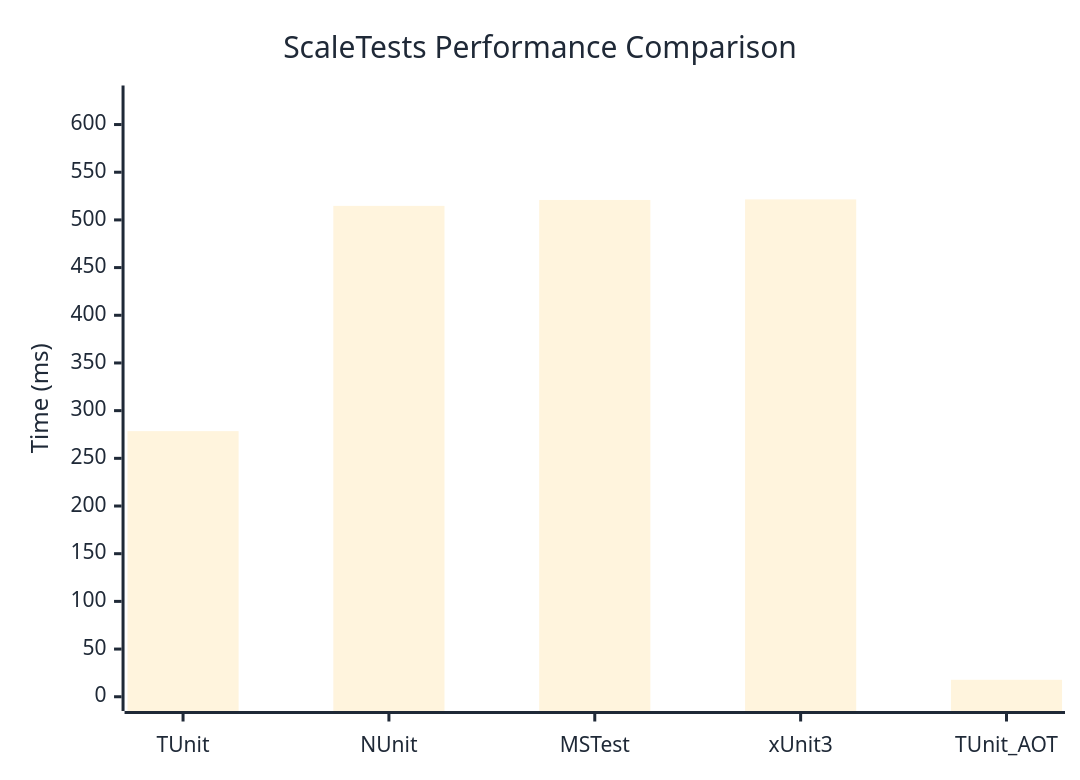
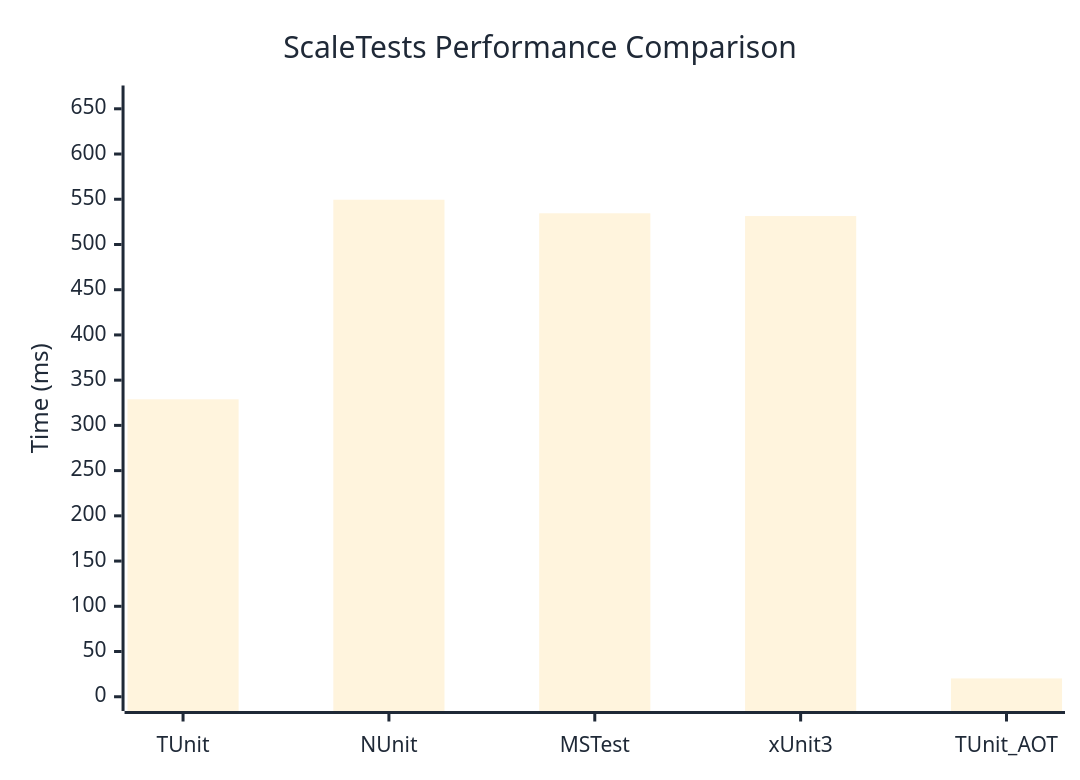
Before and after one commit to thomhurst/TUnit: the diagram in docs/docs/benchmarks/engine/ScaleTests.md, drawn with Mermaid. The commit also changed other lines of this file and 17 other files, not shown here.

````diff
--- a/docs/docs/benchmarks/engine/ScaleTests.md
+++ b/docs/docs/benchmarks/engine/ScaleTests.md
@@ -29,37 +29,37 @@
 ```mermaid
 %%{init: {
   'theme':'base',
   'themeVariables': {
     'primaryColor': '#2563eb',
     'primaryTextColor': '#1f2937',
     'primaryBorderColor': '#1e40af',
     'lineColor': '#6b7280',
     'secondaryColor': '#7c3aed',
     'tertiaryColor': '#dc2626',
     'background': '#ffffff',
     'mainBkg': '#2563eb',
     'secondBkg': '#7c3aed',
     'tertiaryBkg': '#dc2626',
     'clusterBkg': '#f3f4f6',
     'edgeLabelBackground': '#ffffff',
     'tertiaryTextColor': '#1f2937',
     'pie1': '#2563eb',
     'pie2': '#7c3aed',
     'pie3': '#dc2626',
     'pie4': '#f59e0b',
     'pie5': '#10b981',
     'pie6': '#06b6d4',
     'pie7': '#ec4899',
     'pie8': '#6366f1',
     'pie9': '#84cc16',
     'pie10': '#f97316',
     'pie11': '#14b8a6',
     'pie12': '#a855f7'
   }
 }}%%
 xychart-beta
   title "ScaleTests Performance Comparison"
   x-axis ["TUnit", "NUnit", "MSTest", "xUnit3", "TUnit_AOT"]
-  y-axis "Time (ms)" 0 --> 626
-  bar [278.51, 514.73, 520.92, 521.52, 17.79]
+  y-axis "Time (ms)" 0 --> 660
+  bar [328.84, 549.48, 534.48, 531.44, 20.26]
 ```
````
